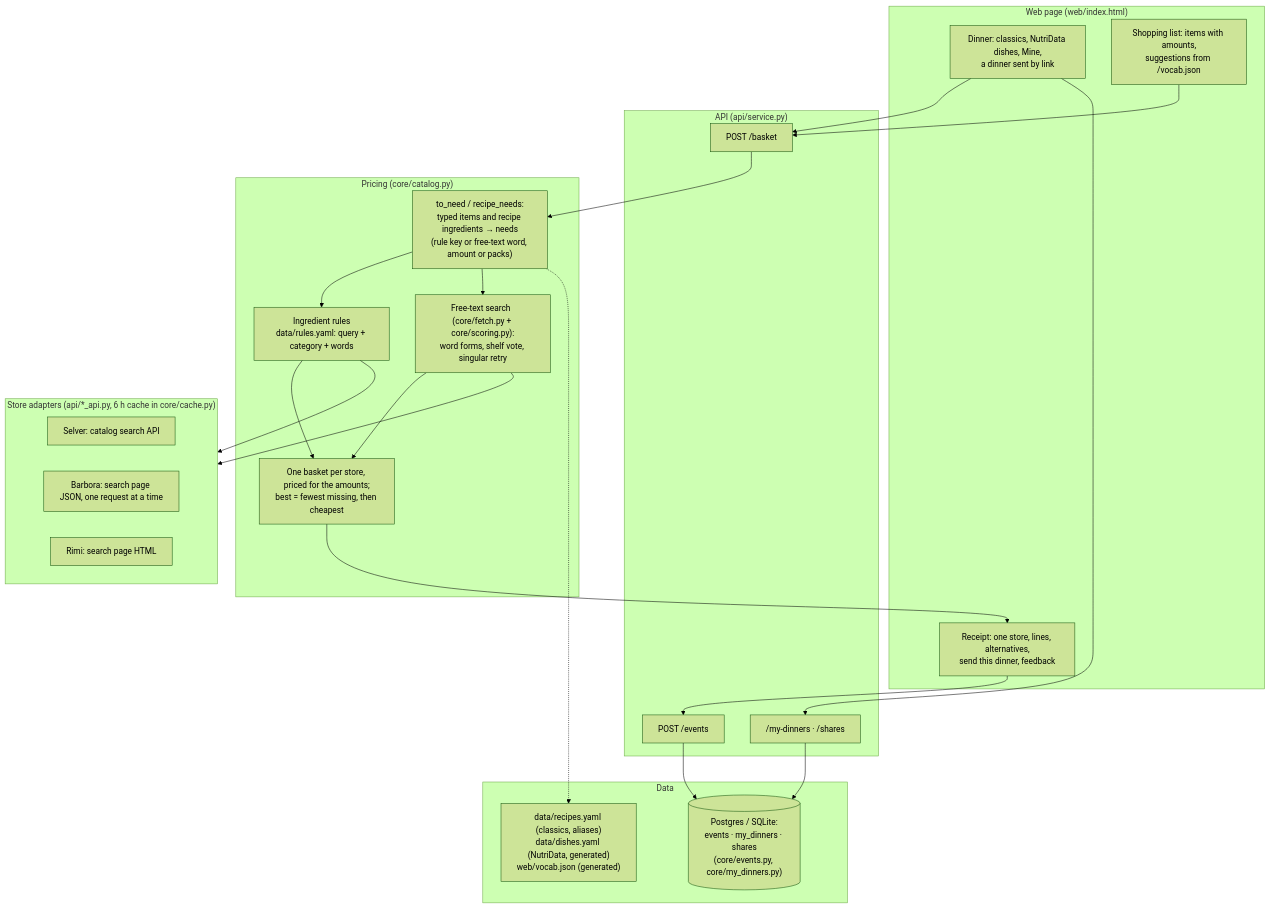
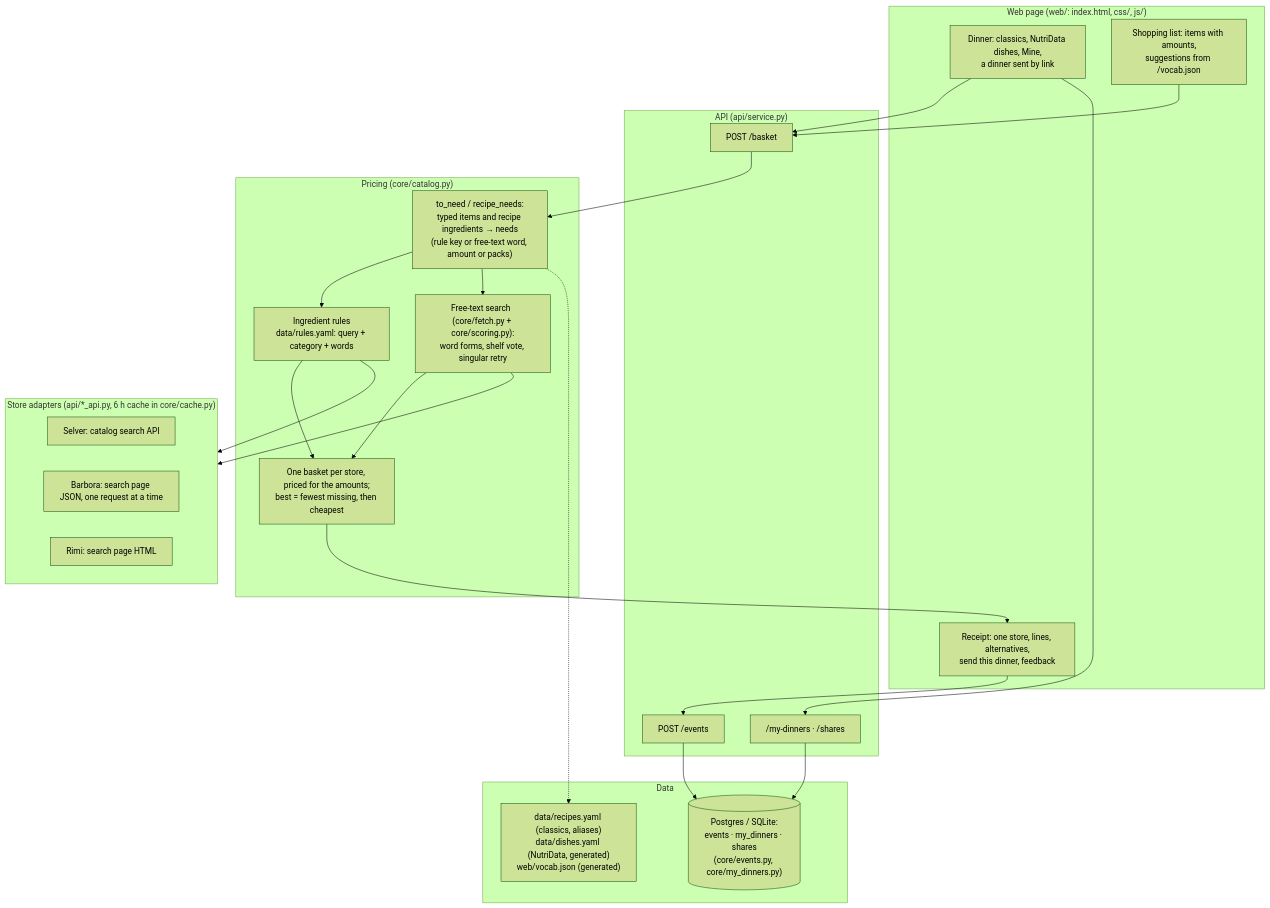
One commit to andreasordano/grocery changed the diagram in diagram.md. Above: the diagram before and after it, drawn with Mermaid (forest theme). The commit also changed 32 other files, not shown here.

First line of the commit message:
Produce-sticker look, and the web page split into HTML, CSS and JS modules

````diff
--- a/diagram.md
+++ b/diagram.md
@@ -6,42 +6,42 @@
 ```mermaid
 flowchart TD
-    subgraph WEB["Web page  (web/index.html)"]
+    subgraph WEB["Web page  (web/: index.html, css/, js/)"]
         D["Dinner: classics, NutriData dishes, Mine,<br/>a dinner sent by link"]
         L["Shopping list: items with amounts,<br/>suggestions from /vocab.json"]
         R["Receipt: one store, lines, alternatives,<br/>send this dinner, feedback"]
     end
 
     subgraph API["API  (api/service.py)"]
         B["POST /basket"]
         M["/my-dinners · /shares"]
         E["POST /events"]
     end
 
     subgraph CORE["Pricing  (core/catalog.py)"]
         N["to_need / recipe_needs:<br/>typed items and recipe ingredients → needs<br/>(rule key or free-text word, amount or packs)"]
         RU["Ingredient rules<br/>data/rules.yaml: query + category + words"]
         FT["Free-text search  (core/fetch.py + core/scoring.py):<br/>word forms, shelf vote, singular retry"]
         BK["One basket per store, priced for the amounts;<br/>best = fewest missing, then cheapest"]
     end
 
     subgraph STORES["Store adapters  (api/*_api.py, 6 h cache in core/cache.py)"]
         S1["Selver: catalog search API"]
         S2["Barbora: search page JSON, one request at a time"]
         S3["Rimi: search page HTML"]
     end
 
     subgraph DATA["Data"]
         Y["data/recipes.yaml (classics, aliases)<br/>data/dishes.yaml (NutriData, generated)<br/>web/vocab.json (generated)"]
         DB[("Postgres / SQLite:<br/>events · my_dinners · shares<br/>(core/events.py, core/my_dinners.py)")]
     end
 
     D --> B
     L --> B
     B --> N --> RU --> STORES
     N --> FT --> STORES
     RU --> BK
     FT --> BK --> R
     D --> M --> DB
     R --> E --> DB
     N -.-> Y
 ```
````
